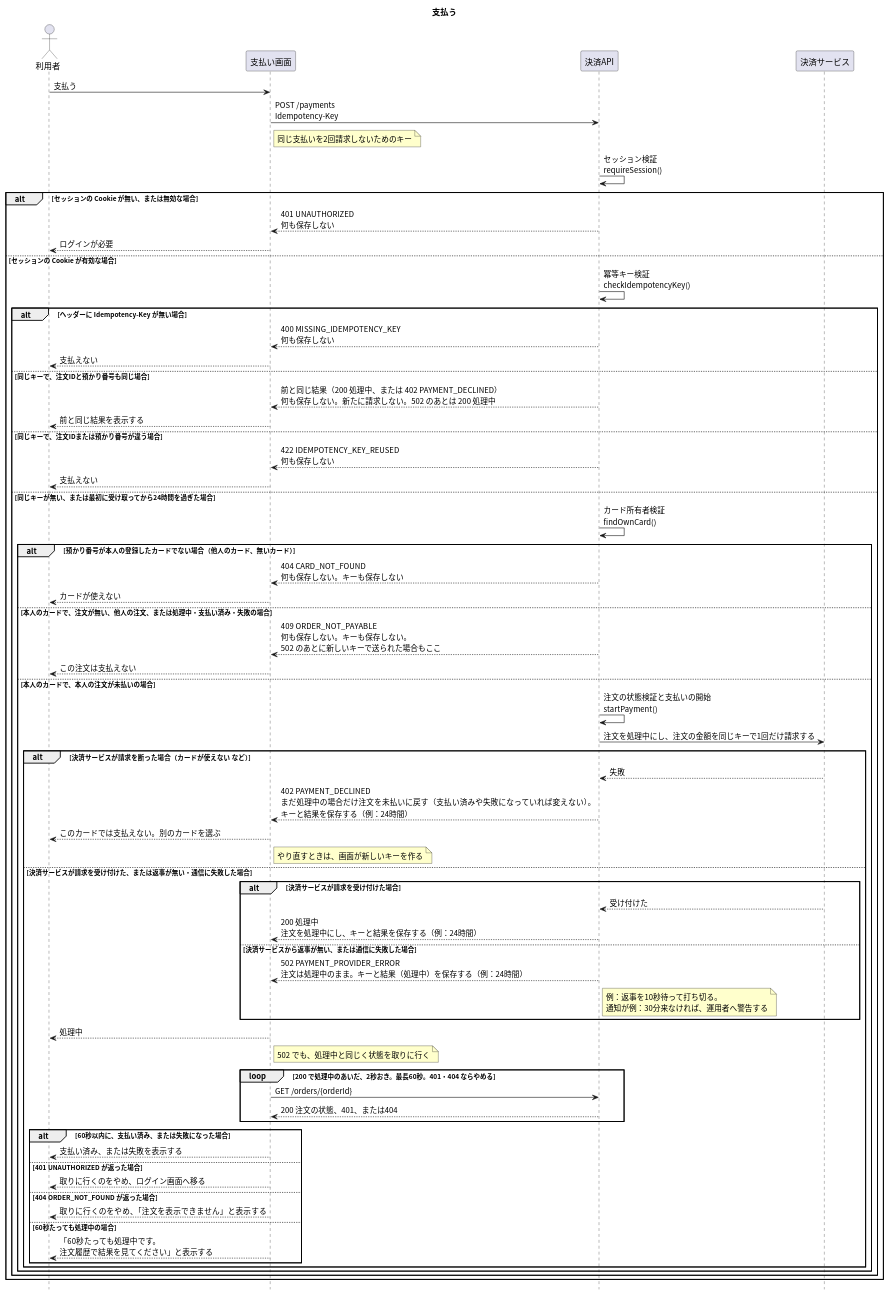
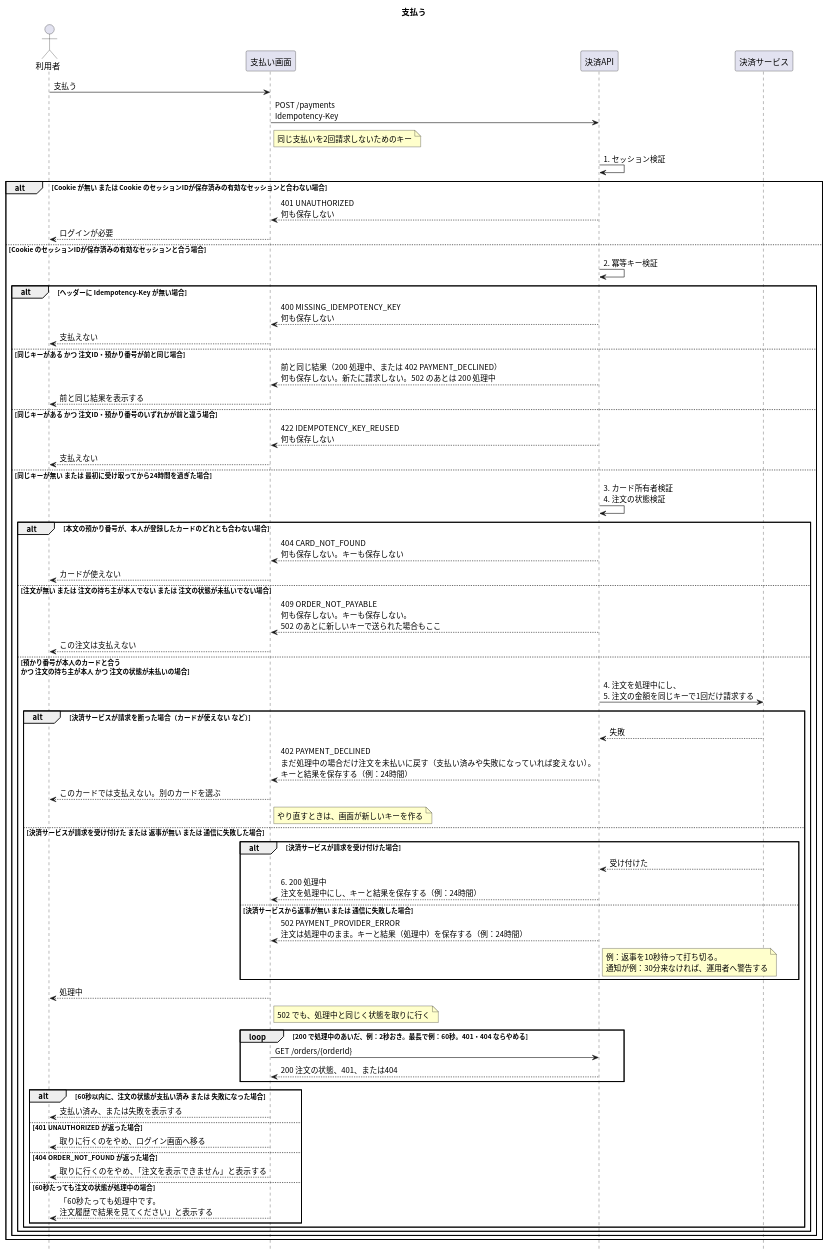
One commit to masamasamasato/design-doc-template changed the diagram in apis/create-payment/入口.puml. Above: the diagram before and after it, drawn with PlantUML. The commit also changed 28 other files, not shown here.

```diff
--- a/apis/create-payment/入口.puml
+++ b/apis/create-payment/入口.puml
@@ -1,76 +1,75 @@
 @startuml
 skinparam shadowing false
 skinparam defaultFontName "Noto Sans CJK JP"
 skinparam SequenceFontName "Noto Sans CJK JP"
 skinparam NoteBackgroundColor #FFFFCC
 hide footbox
 
 title 支払う
 
 actor "利用者" as User
 participant "支払い画面" as Screen
 participant "決済API" as API
 participant "決済サービス" as PSP
 
 User -> Screen : 支払う
 Screen -> API : POST /payments\nIdempotency-Key
 note right of Screen : 同じ支払いを2回請求しないためのキー
-API -> API : セッション検証\nrequireSession()
-alt セッションの Cookie が無い、または無効な場合
+API -> API : 1. セッション検証
+alt Cookie が無い または Cookie のセッションIDが保存済みの有効なセッションと合わない場合
   API --> Screen : 401 UNAUTHORIZED\n何も保存しない
   Screen --> User : ログインが必要
-else セッションの Cookie が有効な場合
-  API -> API : 冪等キー検証\ncheckIdempotencyKey()
+else Cookie のセッションIDが保存済みの有効なセッションと合う場合
+  API -> API : 2. 冪等キー検証
   alt ヘッダーに Idempotency-Key が無い場合
     API --> Screen : 400 MISSING_IDEMPOTENCY_KEY\n何も保存しない
     Screen --> User : 支払えない
-  else 同じキーで、注文IDと預かり番号も同じ場合
+  else 同じキーがある かつ 注文ID・預かり番号が前と同じ場合
     API --> Screen : 前と同じ結果（200 処理中、または 402 PAYMENT_DECLINED）\n何も保存しない。新たに請求しない。502 のあとは 200 処理中
     Screen --> User : 前と同じ結果を表示する
-  else 同じキーで、注文IDまたは預かり番号が違う場合
+  else 同じキーがある かつ 注文ID・預かり番号のいずれかが前と違う場合
     API --> Screen : 422 IDEMPOTENCY_KEY_REUSED\n何も保存しない
     Screen --> User : 支払えない
-  else 同じキーが無い、または最初に受け取ってから24時間を過ぎた場合
-    API -> API : カード所有者検証\nfindOwnCard()
-    alt 預かり番号が本人の登録したカードでない場合（他人のカード、無いカード）
+  else 同じキーが無い または 最初に受け取ってから24時間を過ぎた場合
+    API -> API : 3. カード所有者検証\n4. 注文の状態検証
+    alt 本文の預かり番号が、本人が登録したカードのどれとも合わない場合
       API --> Screen : 404 CARD_NOT_FOUND\n何も保存しない。キーも保存しない
       Screen --> User : カードが使えない
-    else 本人のカードで、注文が無い、他人の注文、または処理中・支払い済み・失敗の場合
+    else 注文が無い または 注文の持ち主が本人でない または 注文の状態が未払いでない場合
       API --> Screen : 409 ORDER_NOT_PAYABLE\n何も保存しない。キーも保存しない。\n502 のあとに新しいキーで送られた場合もここ
       Screen --> User : この注文は支払えない
-    else 本人のカードで、本人の注文が未払いの場合
-      API -> API : 注文の状態検証と支払いの開始\nstartPayment()
-      API -> PSP : 注文を処理中にし、注文の金額を同じキーで1回だけ請求する
+    else 預かり番号が本人のカードと合う\nかつ 注文の持ち主が本人 かつ 注文の状態が未払いの場合
+      API -> PSP : 4. 注文を処理中にし、\n5. 注文の金額を同じキーで1回だけ請求する
       alt 決済サービスが請求を断った場合（カードが使えない など）
         PSP --> API : 失敗
         API --> Screen : 402 PAYMENT_DECLINED\nまだ処理中の場合だけ注文を未払いに戻す（支払い済みや失敗になっていれば変えない）。\nキーと結果を保存する（例：24時間）
         Screen --> User : このカードでは支払えない。別のカードを選ぶ
         note right of Screen : やり直すときは、画面が新しいキーを作る
-      else 決済サービスが請求を受け付けた、または返事が無い・通信に失敗した場合
+      else 決済サービスが請求を受け付けた または 返事が無い または 通信に失敗した場合
         alt 決済サービスが請求を受け付けた場合
           PSP --> API : 受け付けた
-          API --> Screen : 200 処理中\n注文を処理中にし、キーと結果を保存する（例：24時間）
-        else 決済サービスから返事が無い、または通信に失敗した場合
+          API --> Screen : 6. 200 処理中\n注文を処理中にし、キーと結果を保存する（例：24時間）
+        else 決済サービスから返事が無い または 通信に失敗した場合
           API --> Screen : 502 PAYMENT_PROVIDER_ERROR\n注文は処理中のまま。キーと結果（処理中）を保存する（例：24時間）
           note right of API : 例：返事を10秒待って打ち切る。\n通知が例：30分来なければ、運用者へ警告する
         end
         Screen --> User : 処理中
         note right of Screen : 502 でも、処理中と同じく状態を取りに行く
-        loop 200 で処理中のあいだ、2秒おき。最長60秒。401・404 ならやめる
+        loop 200 で処理中のあいだ、例：2秒おき。最長で例：60秒。401・404 ならやめる
           Screen -> API : GET /orders/{orderId}
           API --> Screen : 200 注文の状態、401、または404
         end
-        alt 60秒以内に、支払い済み、または失敗になった場合
+        alt 60秒以内に、注文の状態が支払い済み または 失敗になった場合
           Screen --> User : 支払い済み、または失敗を表示する
         else 401 UNAUTHORIZED が返った場合
           Screen --> User : 取りに行くのをやめ、ログイン画面へ移る
         else 404 ORDER_NOT_FOUND が返った場合
           Screen --> User : 取りに行くのをやめ、「注文を表示できません」と表示する
-        else 60秒たっても処理中の場合
+        else 60秒たっても注文の状態が処理中の場合
           Screen --> User : 「60秒たっても処理中です。\n注文履歴で結果を見てください」と表示する
         end
       end
     end
   end
 end
 @enduml
```
